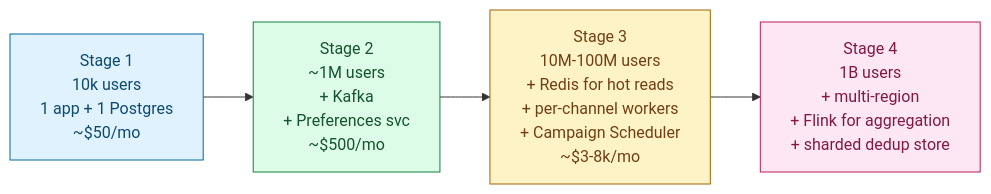
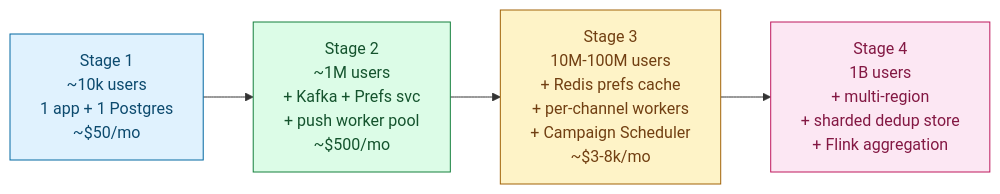
Diagram 14 of 14 in _practice/system-design/010-notification-system.md (shiningflash/shiningflash.github.io), drawn with Mermaid before and after one commit. The commit also changed other lines of this file and 18 other files, not shown here.

````diff
--- a/_practice/system-design/010-notification-system.md
+++ b/_practice/system-design/010-notification-system.md
@@ -1046,14 +989,14 @@
 ```mermaid
 flowchart LR
-    S1["Stage 1<br/>10k users<br/>1 app + 1 Postgres<br/>~$50/mo"]:::s1
-    S2["Stage 2<br/>~1M users<br/>+ Kafka<br/>+ Preferences svc<br/>~$500/mo"]:::s2
-    S3["Stage 3<br/>10M-100M users<br/>+ Redis for hot reads<br/>+ per-channel workers<br/>+ Campaign Scheduler<br/>~$3-8k/mo"]:::s3
-    S4["Stage 4<br/>1B users<br/>+ multi-region<br/>+ Flink for aggregation<br/>+ sharded dedup store"]:::s4
+    S1["Stage 1<br/>~10k users<br/>1 app + 1 Postgres<br/>~$50/mo"]:::s1
+    S2["Stage 2<br/>~1M users<br/>+ Kafka + Prefs svc<br/>+ push worker pool<br/>~$500/mo"]:::s2
+    S3["Stage 3<br/>10M-100M users<br/>+ Redis prefs cache<br/>+ per-channel workers<br/>+ Campaign Scheduler<br/>~$3-8k/mo"]:::s3
+    S4["Stage 4<br/>1B users<br/>+ multi-region<br/>+ sharded dedup store<br/>+ Flink aggregation"]:::s4
 
     S1 --> S2 --> S3 --> S4
 
     classDef s1 fill:#e0f2fe,stroke:#0369a1,color:#0c4a6e
     classDef s2 fill:#dcfce7,stroke:#15803d,color:#14532d
     classDef s3 fill:#fef3c7,stroke:#a16207,color:#713f12
     classDef s4 fill:#fce7f3,stroke:#be185d,color:#831843
 ```
````
